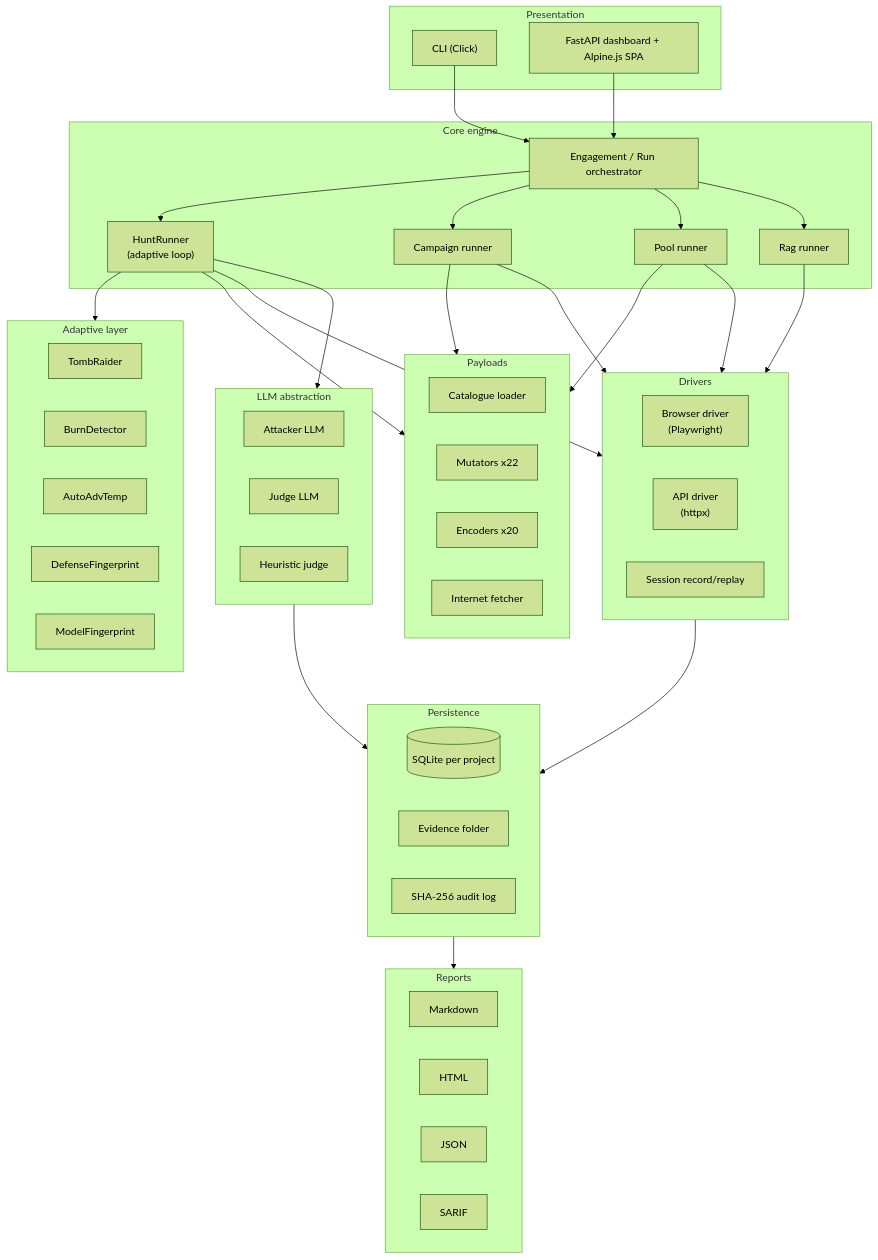
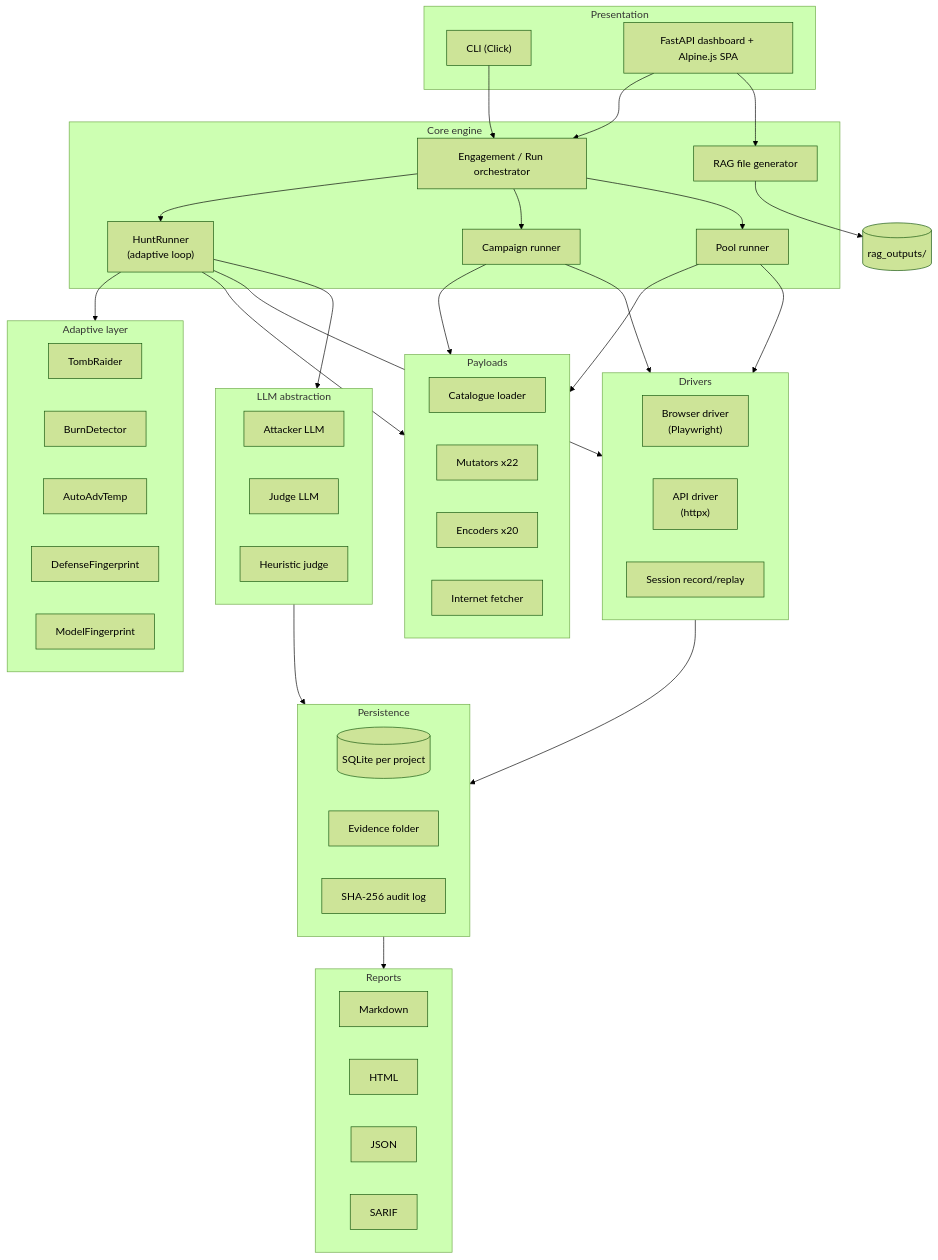
One commit to crazywifi/llm-Intruder changed diagram 13 of 13 in README.md. Above: the diagram before and after it, drawn with Mermaid (forest theme). The commit also changed other lines of this file, not shown here.

````diff
--- a/README.md
+++ b/README.md
@@ -937,74 +962,74 @@
 ```mermaid
 flowchart TB
     subgraph Presentation
         CLI["CLI (Click)"]
         DASH["FastAPI dashboard + Alpine.js SPA"]
     end
 
     subgraph Core["Core engine"]
         ENG["Engagement / Run orchestrator"]
         HUNT["HuntRunner<br/>(adaptive loop)"]
         CAMP[Campaign runner]
         POOL[Pool runner]
-        RAG[Rag runner]
+        RFG[RAG file generator]
     end
 
     subgraph Adaptive["Adaptive layer"]
         TR[TombRaider]
         BURN[BurnDetector]
         TEMP[AutoAdvTemp]
         DFP[DefenseFingerprint]
         MFP[ModelFingerprint]
     end
 
     subgraph Payloads
         CATLOAD[Catalogue loader]
         MUT[Mutators x22]
         ENC[Encoders x20]
         FETCH[Internet fetcher]
     end
 
     subgraph Drivers
         BRW["Browser driver<br/>(Playwright)"]
         API["API driver<br/>(httpx)"]
         SESS["Session record/replay"]
     end
 
     subgraph LLMs["LLM abstraction"]
         ATK[Attacker LLM]
         JDG[Judge LLM]
         HEUR[Heuristic judge]
     end
 
     subgraph Persistence
         DB[(SQLite per project)]
         EVI[Evidence folder]
         AUD[SHA-256 audit log]
     end
 
     subgraph Reports
         MD[Markdown]
         HTML[HTML]
         JSON[JSON]
         SARIF[SARIF]
     end
 
     CLI --> ENG
     DASH --> ENG
     ENG --> HUNT
     ENG --> CAMP
     ENG --> POOL
-    ENG --> RAG
+    DASH --> RFG
     HUNT --> Adaptive
     HUNT --> Payloads
     HUNT --> Drivers
     HUNT --> LLMs
     CAMP --> Payloads
     CAMP --> Drivers
     POOL --> Payloads
     POOL --> Drivers
-    RAG --> Drivers
+    RFG --> FS[(rag_outputs/)]
     Drivers --> Persistence
     LLMs --> Persistence
     Persistence --> Reports
 ```
````
